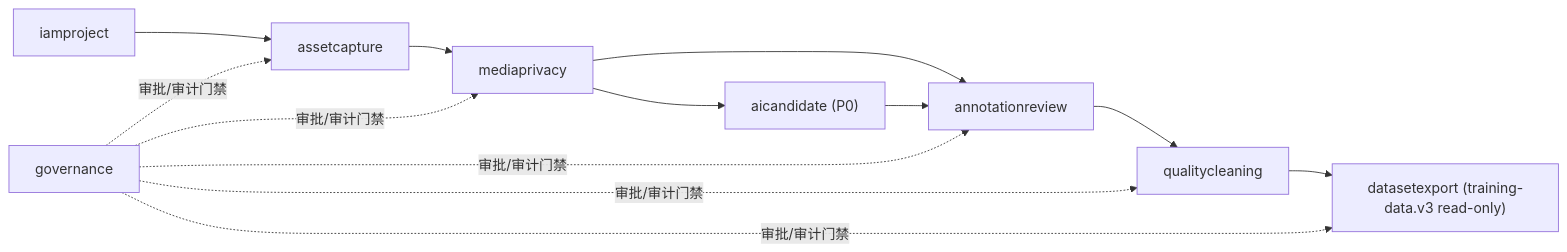
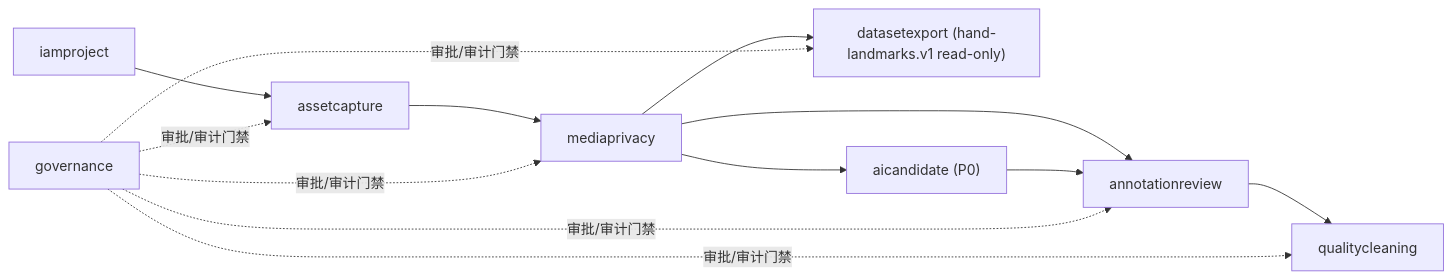
The diagram in docs/architecture/domain-model-and-data-ownership.md (Soberis/medication-video-platform), drawn with Mermaid before and after one commit. The commit also changed other lines of this file and 53 other files, not shown here.

````diff
--- a/docs/architecture/domain-model-and-data-ownership.md
+++ b/docs/architecture/domain-model-and-data-ownership.md
@@ -79,15 +79,15 @@
 ```mermaid
 flowchart LR
     IAM["iamproject"] --> ASSET["assetcapture"]
     ASSET --> MEDIA["mediaprivacy"]
     MEDIA --> ANNO["annotationreview"]
     ANNO --> CLEAN["qualitycleaning"]
-    CLEAN --> DATASET["datasetexport (training-data.v3 read-only)"]
+    MEDIA --> DATASET["datasetexport (hand-landmarks.v1 read-only)"]
     MEDIA --> AI["aicandidate (P0)"]
     AI --> ANNO
     GOV["governance"] -. "审批/审计门禁" .-> ASSET
     GOV -. "审批/审计门禁" .-> MEDIA
     GOV -. "审批/审计门禁" .-> ANNO
     GOV -. "审批/审计门禁" .-> CLEAN
     GOV -. "审批/审计门禁" .-> DATASET
 ```
````
